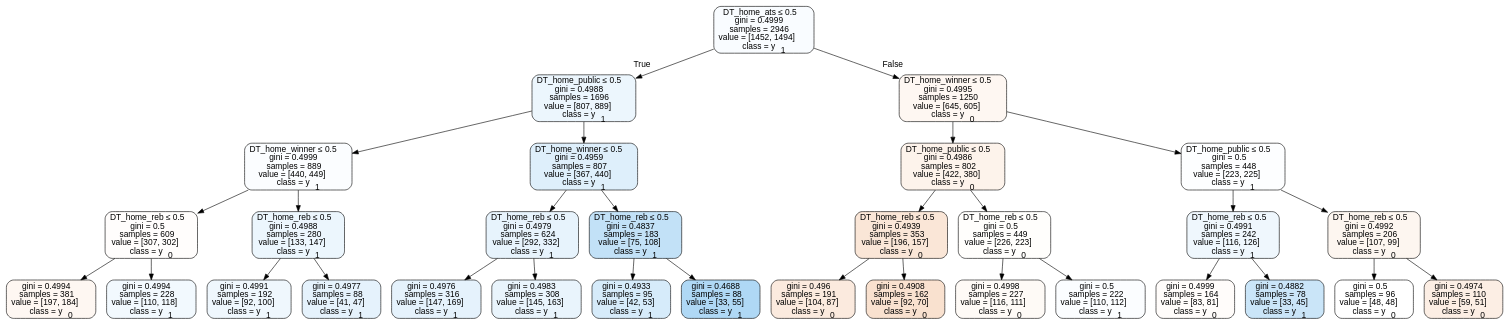
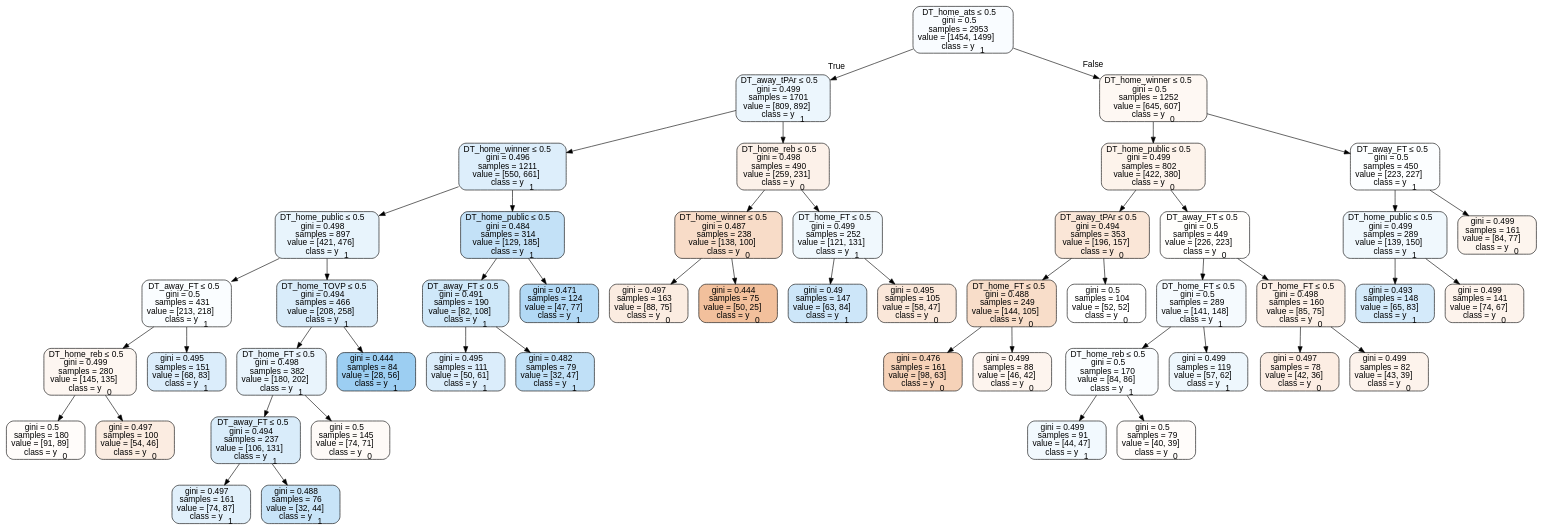
Before and after one commit to usbogie/ncaa-bets: the diagram in Basketball/data/trees/tree2011neutral.dot, drawn with Graphviz. The commit also changed 35 other files, not shown here.

```diff
--- a/Basketball/data/trees/tree2011neutral.dot
+++ b/Basketball/data/trees/tree2011neutral.dot
@@ -1,65 +1,101 @@
 digraph Tree {
 node [shape=box, style="filled, rounded", color="black", fontname=helvetica] ;
 edge [fontname=helvetica] ;
-0 [label=<DT_home_ats &le; 0.5<br/>gini = 0.4999<br/>samples = 2946<br/>value = [1452, 1494]<br/>class = y<SUB>1</SUB>>, fillcolor="#399de507"] ;
-1 [label=<DT_home_public &le; 0.5<br/>gini = 0.4988<br/>samples = 1696<br/>value = [807, 889]<br/>class = y<SUB>1</SUB>>, fillcolor="#399de518"] ;
+0 [label=<DT_home_ats &le; 0.5<br/>gini = 0.5<br/>samples = 2953<br/>value = [1454, 1499]<br/>class = y<SUB>1</SUB>>, fillcolor="#399de508"] ;
+1 [label=<DT_away_tPAr &le; 0.5<br/>gini = 0.499<br/>samples = 1701<br/>value = [809, 892]<br/>class = y<SUB>1</SUB>>, fillcolor="#399de518"] ;
 0 -> 1 [labeldistance=2.5, labelangle=45, headlabel="True"] ;
-2 [label=<DT_home_winner &le; 0.5<br/>gini = 0.4999<br/>samples = 889<br/>value = [440, 449]<br/>class = y<SUB>1</SUB>>, fillcolor="#399de505"] ;
+2 [label=<DT_home_winner &le; 0.5<br/>gini = 0.496<br/>samples = 1211<br/>value = [550, 661]<br/>class = y<SUB>1</SUB>>, fillcolor="#399de52b"] ;
 1 -> 2 ;
-3 [label=<DT_home_reb &le; 0.5<br/>gini = 0.5<br/>samples = 609<br/>value = [307, 302]<br/>class = y<SUB>0</SUB>>, fillcolor="#e5813904"] ;
+3 [label=<DT_home_public &le; 0.5<br/>gini = 0.498<br/>samples = 897<br/>value = [421, 476]<br/>class = y<SUB>1</SUB>>, fillcolor="#399de51d"] ;
 2 -> 3 ;
-4 [label=<gini = 0.4994<br/>samples = 381<br/>value = [197, 184]<br/>class = y<SUB>0</SUB>>, fillcolor="#e5813911"] ;
+4 [label=<DT_away_FT &le; 0.5<br/>gini = 0.5<br/>samples = 431<br/>value = [213, 218]<br/>class = y<SUB>1</SUB>>, fillcolor="#399de506"] ;
 3 -> 4 ;
-5 [label=<gini = 0.4994<br/>samples = 228<br/>value = [110, 118]<br/>class = y<SUB>1</SUB>>, fillcolor="#399de511"] ;
-3 -> 5 ;
-6 [label=<DT_home_reb &le; 0.5<br/>gini = 0.4988<br/>samples = 280<br/>value = [133, 147]<br/>class = y<SUB>1</SUB>>, fillcolor="#399de518"] ;
-2 -> 6 ;
-7 [label=<gini = 0.4991<br/>samples = 192<br/>value = [92, 100]<br/>class = y<SUB>1</SUB>>, fillcolor="#399de514"] ;
-6 -> 7 ;
-8 [label=<gini = 0.4977<br/>samples = 88<br/>value = [41, 47]<br/>class = y<SUB>1</SUB>>, fillcolor="#399de521"] ;
-6 -> 8 ;
-9 [label=<DT_home_winner &le; 0.5<br/>gini = 0.4959<br/>samples = 807<br/>value = [367, 440]<br/>class = y<SUB>1</SUB>>, fillcolor="#399de52a"] ;
-1 -> 9 ;
-10 [label=<DT_home_reb &le; 0.5<br/>gini = 0.4979<br/>samples = 624<br/>value = [292, 332]<br/>class = y<SUB>1</SUB>>, fillcolor="#399de51f"] ;
+5 [label=<DT_home_reb &le; 0.5<br/>gini = 0.499<br/>samples = 280<br/>value = [145, 135]<br/>class = y<SUB>0</SUB>>, fillcolor="#e5813912"] ;
+4 -> 5 ;
+6 [label=<gini = 0.5<br/>samples = 180<br/>value = [91, 89]<br/>class = y<SUB>0</SUB>>, fillcolor="#e5813906"] ;
+5 -> 6 ;
+7 [label=<gini = 0.497<br/>samples = 100<br/>value = [54, 46]<br/>class = y<SUB>0</SUB>>, fillcolor="#e5813926"] ;
+5 -> 7 ;
+8 [label=<gini = 0.495<br/>samples = 151<br/>value = [68, 83]<br/>class = y<SUB>1</SUB>>, fillcolor="#399de52e"] ;
+4 -> 8 ;
+9 [label=<DT_home_TOVP &le; 0.5<br/>gini = 0.494<br/>samples = 466<br/>value = [208, 258]<br/>class = y<SUB>1</SUB>>, fillcolor="#399de531"] ;
+3 -> 9 ;
+10 [label=<DT_home_FT &le; 0.5<br/>gini = 0.498<br/>samples = 382<br/>value = [180, 202]<br/>class = y<SUB>1</SUB>>, fillcolor="#399de51c"] ;
 9 -> 10 ;
-11 [label=<gini = 0.4976<br/>samples = 316<br/>value = [147, 169]<br/>class = y<SUB>1</SUB>>, fillcolor="#399de521"] ;
+11 [label=<DT_away_FT &le; 0.5<br/>gini = 0.494<br/>samples = 237<br/>value = [106, 131]<br/>class = y<SUB>1</SUB>>, fillcolor="#399de531"] ;
 10 -> 11 ;
-12 [label=<gini = 0.4983<br/>samples = 308<br/>value = [145, 163]<br/>class = y<SUB>1</SUB>>, fillcolor="#399de51c"] ;
-10 -> 12 ;
-13 [label=<DT_home_reb &le; 0.5<br/>gini = 0.4837<br/>samples = 183<br/>value = [75, 108]<br/>class = y<SUB>1</SUB>>, fillcolor="#399de54e"] ;
-9 -> 13 ;
-14 [label=<gini = 0.4933<br/>samples = 95<br/>value = [42, 53]<br/>class = y<SUB>1</SUB>>, fillcolor="#399de535"] ;
-13 -> 14 ;
-15 [label=<gini = 0.4688<br/>samples = 88<br/>value = [33, 55]<br/>class = y<SUB>1</SUB>>, fillcolor="#399de566"] ;
-13 -> 15 ;
-16 [label=<DT_home_winner &le; 0.5<br/>gini = 0.4995<br/>samples = 1250<br/>value = [645, 605]<br/>class = y<SUB>0</SUB>>, fillcolor="#e5813910"] ;
-0 -> 16 [labeldistance=2.5, labelangle=-45, headlabel="False"] ;
-17 [label=<DT_home_public &le; 0.5<br/>gini = 0.4986<br/>samples = 802<br/>value = [422, 380]<br/>class = y<SUB>0</SUB>>, fillcolor="#e5813919"] ;
+12 [label=<gini = 0.497<br/>samples = 161<br/>value = [74, 87]<br/>class = y<SUB>1</SUB>>, fillcolor="#399de526"] ;
+11 -> 12 ;
+13 [label=<gini = 0.488<br/>samples = 76<br/>value = [32, 44]<br/>class = y<SUB>1</SUB>>, fillcolor="#399de546"] ;
+11 -> 13 ;
+14 [label=<gini = 0.5<br/>samples = 145<br/>value = [74, 71]<br/>class = y<SUB>0</SUB>>, fillcolor="#e581390a"] ;
+10 -> 14 ;
+15 [label=<gini = 0.444<br/>samples = 84<br/>value = [28, 56]<br/>class = y<SUB>1</SUB>>, fillcolor="#399de57f"] ;
+9 -> 15 ;
+16 [label=<DT_home_public &le; 0.5<br/>gini = 0.484<br/>samples = 314<br/>value = [129, 185]<br/>class = y<SUB>1</SUB>>, fillcolor="#399de54d"] ;
+2 -> 16 ;
+17 [label=<DT_away_FT &le; 0.5<br/>gini = 0.491<br/>samples = 190<br/>value = [82, 108]<br/>class = y<SUB>1</SUB>>, fillcolor="#399de53d"] ;
 16 -> 17 ;
-18 [label=<DT_home_reb &le; 0.5<br/>gini = 0.4939<br/>samples = 353<br/>value = [196, 157]<br/>class = y<SUB>0</SUB>>, fillcolor="#e5813933"] ;
+18 [label=<gini = 0.495<br/>samples = 111<br/>value = [50, 61]<br/>class = y<SUB>1</SUB>>, fillcolor="#399de52e"] ;
 17 -> 18 ;
-19 [label=<gini = 0.496<br/>samples = 191<br/>value = [104, 87]<br/>class = y<SUB>0</SUB>>, fillcolor="#e581392a"] ;
-18 -> 19 ;
-20 [label=<gini = 0.4908<br/>samples = 162<br/>value = [92, 70]<br/>class = y<SUB>0</SUB>>, fillcolor="#e581393d"] ;
-18 -> 20 ;
-21 [label=<DT_home_reb &le; 0.5<br/>gini = 0.5<br/>samples = 449<br/>value = [226, 223]<br/>class = y<SUB>0</SUB>>, fillcolor="#e5813903"] ;
-17 -> 21 ;
-22 [label=<gini = 0.4998<br/>samples = 227<br/>value = [116, 111]<br/>class = y<SUB>0</SUB>>, fillcolor="#e581390b"] ;
+19 [label=<gini = 0.482<br/>samples = 79<br/>value = [32, 47]<br/>class = y<SUB>1</SUB>>, fillcolor="#399de551"] ;
+17 -> 19 ;
+20 [label=<gini = 0.471<br/>samples = 124<br/>value = [47, 77]<br/>class = y<SUB>1</SUB>>, fillcolor="#399de563"] ;
+16 -> 20 ;
+21 [label=<DT_home_reb &le; 0.5<br/>gini = 0.498<br/>samples = 490<br/>value = [259, 231]<br/>class = y<SUB>0</SUB>>, fillcolor="#e581391c"] ;
+1 -> 21 ;
+22 [label=<DT_home_winner &le; 0.5<br/>gini = 0.487<br/>samples = 238<br/>value = [138, 100]<br/>class = y<SUB>0</SUB>>, fillcolor="#e5813946"] ;
 21 -> 22 ;
-23 [label=<gini = 0.5<br/>samples = 222<br/>value = [110, 112]<br/>class = y<SUB>1</SUB>>, fillcolor="#399de505"] ;
-21 -> 23 ;
-24 [label=<DT_home_public &le; 0.5<br/>gini = 0.5<br/>samples = 448<br/>value = [223, 225]<br/>class = y<SUB>1</SUB>>, fillcolor="#399de502"] ;
-16 -> 24 ;
-25 [label=<DT_home_reb &le; 0.5<br/>gini = 0.4991<br/>samples = 242<br/>value = [116, 126]<br/>class = y<SUB>1</SUB>>, fillcolor="#399de514"] ;
-24 -> 25 ;
-26 [label=<gini = 0.4999<br/>samples = 164<br/>value = [83, 81]<br/>class = y<SUB>0</SUB>>, fillcolor="#e5813906"] ;
+23 [label=<gini = 0.497<br/>samples = 163<br/>value = [88, 75]<br/>class = y<SUB>0</SUB>>, fillcolor="#e5813926"] ;
+22 -> 23 ;
+24 [label=<gini = 0.444<br/>samples = 75<br/>value = [50, 25]<br/>class = y<SUB>0</SUB>>, fillcolor="#e581397f"] ;
+22 -> 24 ;
+25 [label=<DT_home_FT &le; 0.5<br/>gini = 0.499<br/>samples = 252<br/>value = [121, 131]<br/>class = y<SUB>1</SUB>>, fillcolor="#399de513"] ;
+21 -> 25 ;
+26 [label=<gini = 0.49<br/>samples = 147<br/>value = [63, 84]<br/>class = y<SUB>1</SUB>>, fillcolor="#399de540"] ;
 25 -> 26 ;
-27 [label=<gini = 0.4882<br/>samples = 78<br/>value = [33, 45]<br/>class = y<SUB>1</SUB>>, fillcolor="#399de544"] ;
+27 [label=<gini = 0.495<br/>samples = 105<br/>value = [58, 47]<br/>class = y<SUB>0</SUB>>, fillcolor="#e5813930"] ;
 25 -> 27 ;
-28 [label=<DT_home_reb &le; 0.5<br/>gini = 0.4992<br/>samples = 206<br/>value = [107, 99]<br/>class = y<SUB>0</SUB>>, fillcolor="#e5813913"] ;
-24 -> 28 ;
-29 [label=<gini = 0.5<br/>samples = 96<br/>value = [48, 48]<br/>class = y<SUB>0</SUB>>, fillcolor="#e5813900"] ;
+28 [label=<DT_home_winner &le; 0.5<br/>gini = 0.5<br/>samples = 1252<br/>value = [645, 607]<br/>class = y<SUB>0</SUB>>, fillcolor="#e581390f"] ;
+0 -> 28 [labeldistance=2.5, labelangle=-45, headlabel="False"] ;
+29 [label=<DT_home_public &le; 0.5<br/>gini = 0.499<br/>samples = 802<br/>value = [422, 380]<br/>class = y<SUB>0</SUB>>, fillcolor="#e5813919"] ;
 28 -> 29 ;
-30 [label=<gini = 0.4974<br/>samples = 110<br/>value = [59, 51]<br/>class = y<SUB>0</SUB>>, fillcolor="#e5813923"] ;
-28 -> 30 ;
+30 [label=<DT_away_tPAr &le; 0.5<br/>gini = 0.494<br/>samples = 353<br/>value = [196, 157]<br/>class = y<SUB>0</SUB>>, fillcolor="#e5813933"] ;
+29 -> 30 ;
+31 [label=<DT_home_FT &le; 0.5<br/>gini = 0.488<br/>samples = 249<br/>value = [144, 105]<br/>class = y<SUB>0</SUB>>, fillcolor="#e5813945"] ;
+30 -> 31 ;
+32 [label=<gini = 0.476<br/>samples = 161<br/>value = [98, 63]<br/>class = y<SUB>0</SUB>>, fillcolor="#e581395b"] ;
+31 -> 32 ;
+33 [label=<gini = 0.499<br/>samples = 88<br/>value = [46, 42]<br/>class = y<SUB>0</SUB>>, fillcolor="#e5813916"] ;
+31 -> 33 ;
+34 [label=<gini = 0.5<br/>samples = 104<br/>value = [52, 52]<br/>class = y<SUB>0</SUB>>, fillcolor="#e5813900"] ;
+30 -> 34 ;
+35 [label=<DT_away_FT &le; 0.5<br/>gini = 0.5<br/>samples = 449<br/>value = [226, 223]<br/>class = y<SUB>0</SUB>>, fillcolor="#e5813903"] ;
+29 -> 35 ;
+36 [label=<DT_home_FT &le; 0.5<br/>gini = 0.5<br/>samples = 289<br/>value = [141, 148]<br/>class = y<SUB>1</SUB>>, fillcolor="#399de50c"] ;
+35 -> 36 ;
+37 [label=<DT_home_reb &le; 0.5<br/>gini = 0.5<br/>samples = 170<br/>value = [84, 86]<br/>class = y<SUB>1</SUB>>, fillcolor="#399de506"] ;
+36 -> 37 ;
+38 [label=<gini = 0.499<br/>samples = 91<br/>value = [44, 47]<br/>class = y<SUB>1</SUB>>, fillcolor="#399de510"] ;
+37 -> 38 ;
+39 [label=<gini = 0.5<br/>samples = 79<br/>value = [40, 39]<br/>class = y<SUB>0</SUB>>, fillcolor="#e5813906"] ;
+37 -> 39 ;
+40 [label=<gini = 0.499<br/>samples = 119<br/>value = [57, 62]<br/>class = y<SUB>1</SUB>>, fillcolor="#399de515"] ;
+36 -> 40 ;
+41 [label=<DT_home_FT &le; 0.5<br/>gini = 0.498<br/>samples = 160<br/>value = [85, 75]<br/>class = y<SUB>0</SUB>>, fillcolor="#e581391e"] ;
+35 -> 41 ;
+42 [label=<gini = 0.497<br/>samples = 78<br/>value = [42, 36]<br/>class = y<SUB>0</SUB>>, fillcolor="#e5813924"] ;
+41 -> 42 ;
+43 [label=<gini = 0.499<br/>samples = 82<br/>value = [43, 39]<br/>class = y<SUB>0</SUB>>, fillcolor="#e5813918"] ;
+41 -> 43 ;
+44 [label=<DT_away_FT &le; 0.5<br/>gini = 0.5<br/>samples = 450<br/>value = [223, 227]<br/>class = y<SUB>1</SUB>>, fillcolor="#399de504"] ;
+28 -> 44 ;
+45 [label=<DT_home_public &le; 0.5<br/>gini = 0.499<br/>samples = 289<br/>value = [139, 150]<br/>class = y<SUB>1</SUB>>, fillcolor="#399de513"] ;
+44 -> 45 ;
+46 [label=<gini = 0.493<br/>samples = 148<br/>value = [65, 83]<br/>class = y<SUB>1</SUB>>, fillcolor="#399de537"] ;
+45 -> 46 ;
+47 [label=<gini = 0.499<br/>samples = 141<br/>value = [74, 67]<br/>class = y<SUB>0</SUB>>, fillcolor="#e5813918"] ;
+45 -> 47 ;
+48 [label=<gini = 0.499<br/>samples = 161<br/>value = [84, 77]<br/>class = y<SUB>0</SUB>>, fillcolor="#e5813915"] ;
+44 -> 48 ;
 }
```
